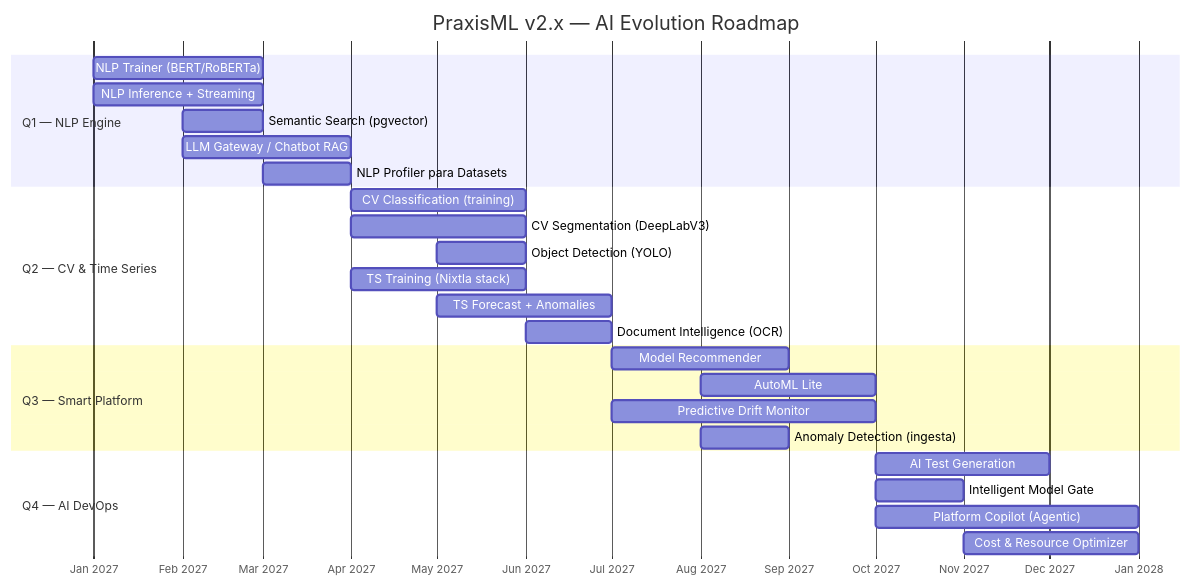
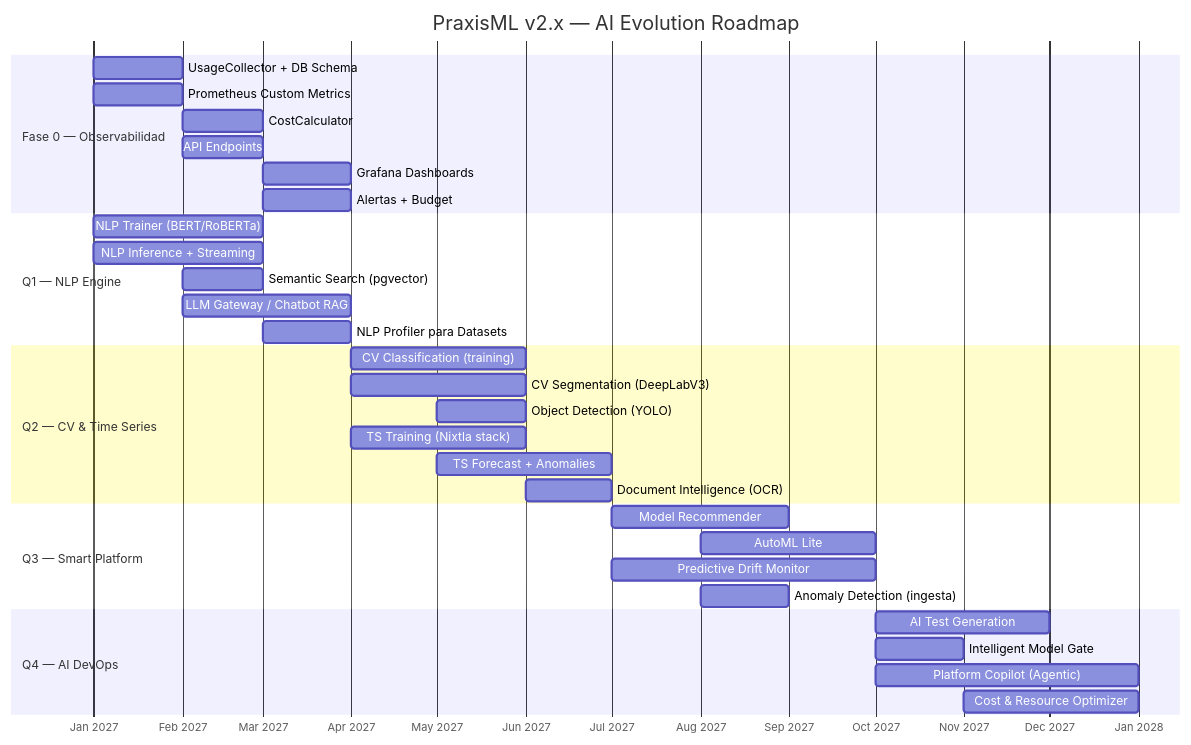
One commit to Fyrthuz/PraxisML changed the third of 3 diagrams in roadmap.md. Above: the diagram before and after it, drawn with Mermaid. The commit also changed other lines of this file and 42 other files, not shown here.

Commit message:
Roadmap actualiza y refactoring

````diff
--- a/roadmap.md
+++ b/roadmap.md
@@ -797,33 +886,41 @@
 ```mermaid
 gantt
     title PraxisML v2.x — AI Evolution Roadmap
     dateFormat  YYYY-MM
     axisFormat  %b %Y
+
+    section Fase 0 — Observabilidad
+    UsageCollector + DB Schema   :f0a, 2027-01, 1M
+    Prometheus Custom Metrics    :f0b, 2027-01, 1M
+    CostCalculator               :f0c, 2027-02, 1M
+    API Endpoints                :f0d, 2027-02, 1M
+    Grafana Dashboards           :f0e, 2027-03, 1M
+    Alertas + Budget             :f0f, 2027-03, 1M
     
     section Q1 — NLP Engine
     NLP Trainer (BERT/RoBERTa)  :a1, 2027-01, 2M
     NLP Inference + Streaming   :a2, 2027-01, 2M
     Semantic Search (pgvector)  :a3, 2027-02, 1M
     LLM Gateway / Chatbot RAG  :a4, 2027-02, 2M
     NLP Profiler para Datasets  :a5, 2027-03, 1M
     
     section Q2 — CV & Time Series
     CV Classification (training):b1, 2027-04, 2M
     CV Segmentation (DeepLabV3) :b2, 2027-04, 2M
     Object Detection (YOLO)     :b3, 2027-05, 1M
     TS Training (Nixtla stack)  :b4, 2027-04, 2M
     TS Forecast + Anomalies     :b5, 2027-05, 2M
     Document Intelligence (OCR) :b6, 2027-06, 1M
     
     section Q3 — Smart Platform
     Model Recommender           :c1, 2027-07, 2M
     AutoML Lite                 :c2, 2027-08, 2M
     Predictive Drift Monitor    :c3, 2027-07, 3M
     Anomaly Detection (ingesta) :c4, 2027-08, 1M
     
     section Q4 — AI DevOps
     AI Test Generation          :d1, 2027-10, 2M
     Intelligent Model Gate      :d2, 2027-10, 1M
     Platform Copilot (Agentic)  :d3, 2027-10, 3M
     Cost & Resource Optimizer   :d4, 2027-11, 2M
 ```
````
